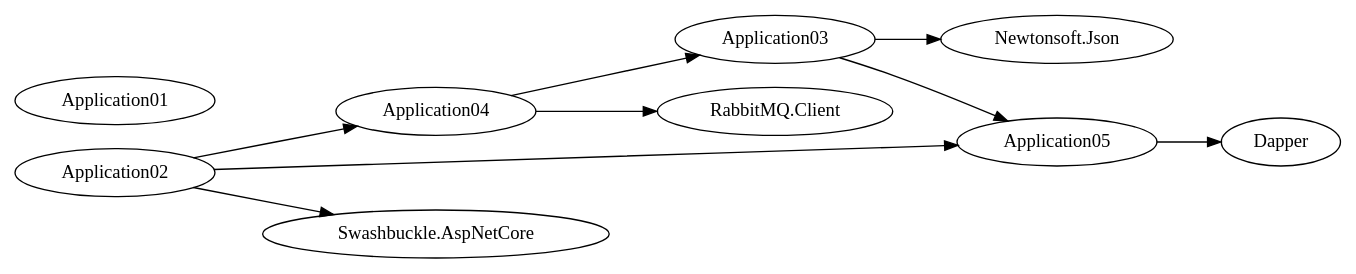
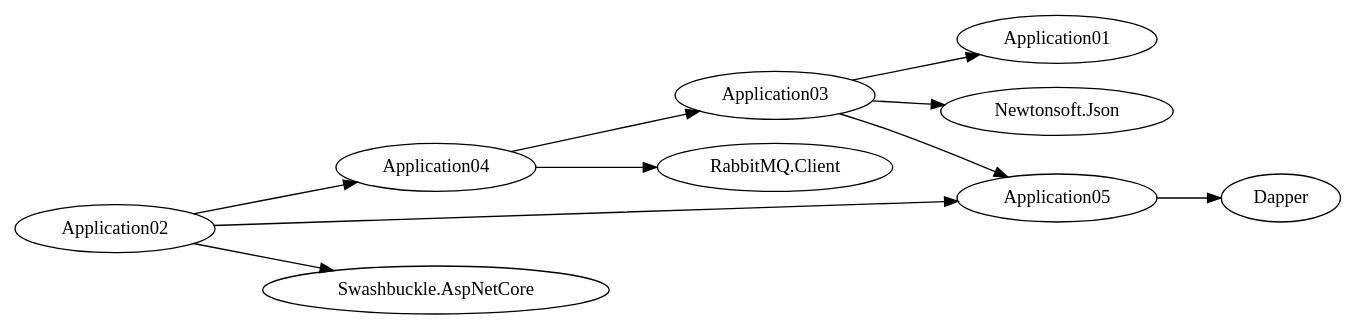
Before and after one commit to eduardocf/ADM: the diagram in dependency_graph.dot, drawn with Graphviz. The commit also changed 3 other files, not shown here.

```diff
--- a/dependency_graph.dot
+++ b/dependency_graph.dot
@@ -1,12 +1,12 @@
 digraph Dependencies {
   rankdir=LR;
   "Application02" -> "Application04";
   "Application02" -> "Application05";
   "Application02" -> "Swashbuckle.AspNetCore";
+  "Application03" -> "Application01";
   "Application03" -> "Application05";
   "Application03" -> "Newtonsoft.Json";
   "Application04" -> "Application03";
   "Application04" -> "RabbitMQ.Client";
   "Application05" -> "Dapper";
-  "Application01";
 }
```
